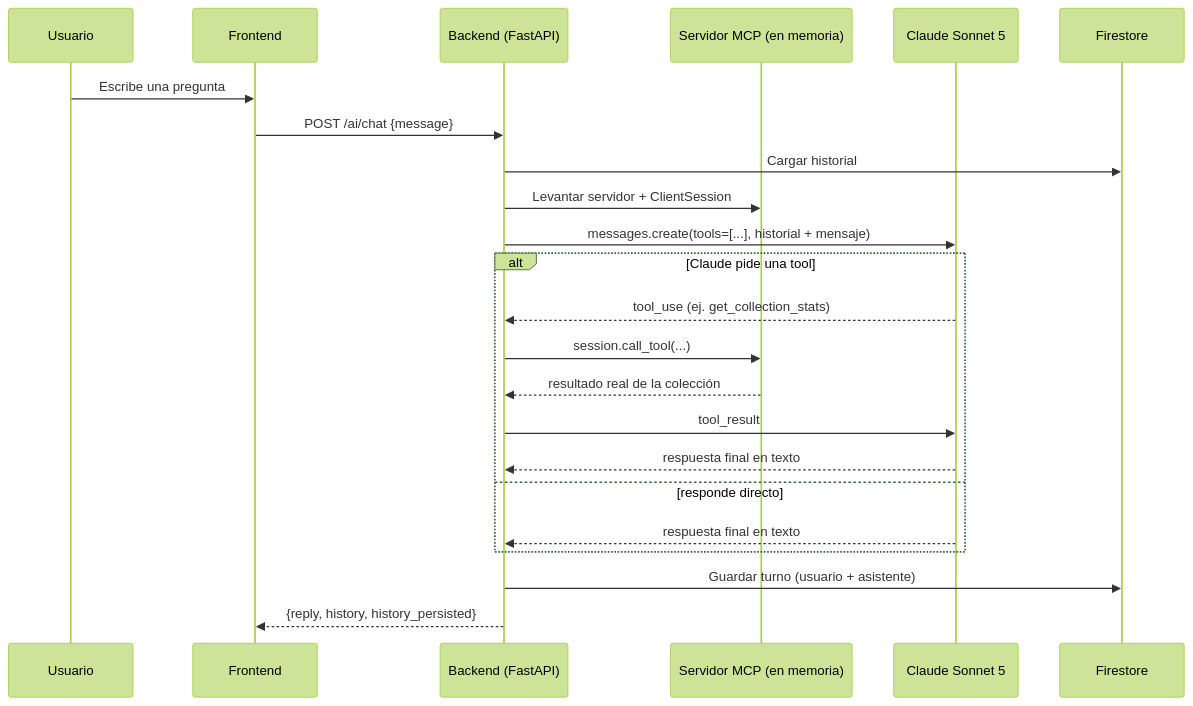
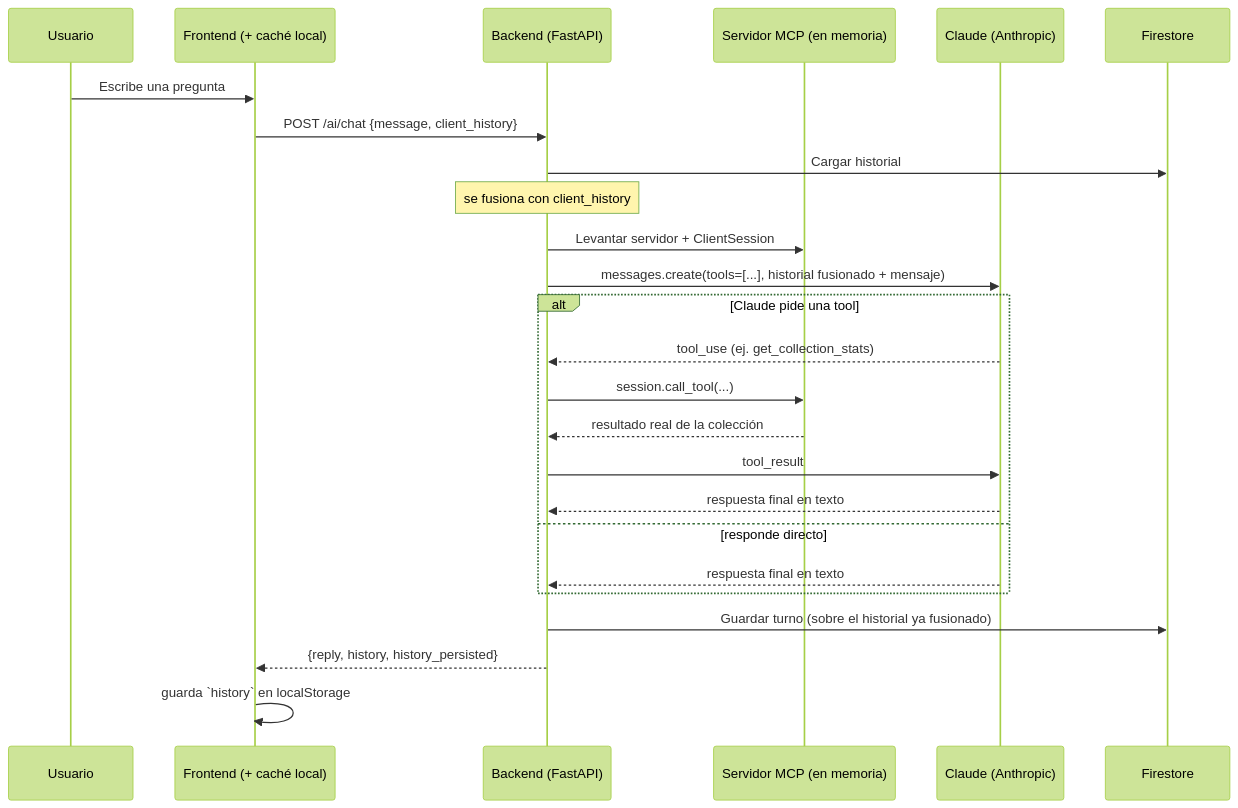
One commit to Adr1an-Garc1a/pokedex-manager changed the diagram in docs/BONUS_FEATURES.md. Above: the diagram before and after it, drawn with Mermaid (forest theme). The commit also changed other lines of this file and 12 other files, not shown here.

````diff
--- a/docs/BONUS_FEATURES.md
+++ b/docs/BONUS_FEATURES.md
@@ -127,26 +137,28 @@
 ```mermaid
 sequenceDiagram
     participant U as Usuario
-    participant FE as Frontend
+    participant FE as Frontend (+ caché local)
     participant BE as Backend (FastAPI)
     participant MCP as Servidor MCP (en memoria)
-    participant C as Claude Sonnet 5
+    participant C as Claude (Anthropic)
     participant FS as Firestore
 
     U->>FE: Escribe una pregunta
-    FE->>BE: POST /ai/chat {message}
+    FE->>BE: POST /ai/chat {message, client_history}
     BE->>FS: Cargar historial
+    Note over BE: se fusiona con client_history
     BE->>MCP: Levantar servidor + ClientSession
-    BE->>C: messages.create(tools=[...], historial + mensaje)
+    BE->>C: messages.create(tools=[...], historial fusionado + mensaje)
     alt Claude pide una tool
         C-->>BE: tool_use (ej. get_collection_stats)
         BE->>MCP: session.call_tool(...)
         MCP-->>BE: resultado real de la colección
         BE->>C: tool_result
         C-->>BE: respuesta final en texto
     else responde directo
         C-->>BE: respuesta final en texto
     end
-    BE->>FS: Guardar turno (usuario + asistente)
+    BE->>FS: Guardar turno (sobre el historial ya fusionado)
     BE-->>FE: {reply, history, history_persisted}
+    FE->>FE: guarda `history` en localStorage
 ```
````
